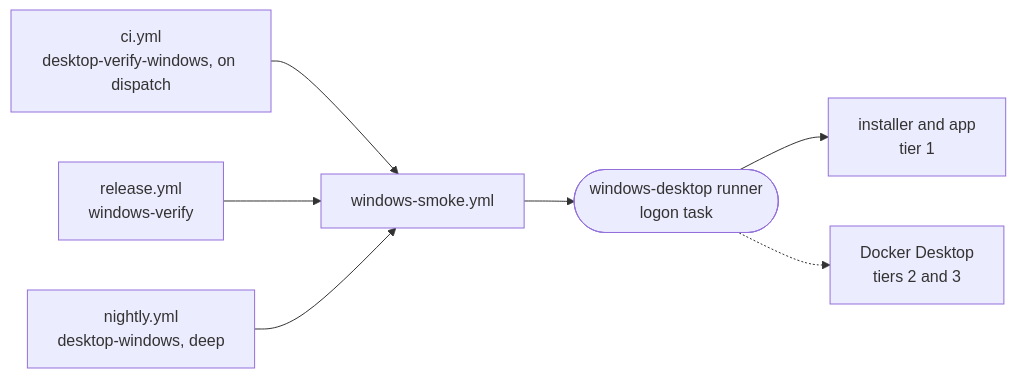
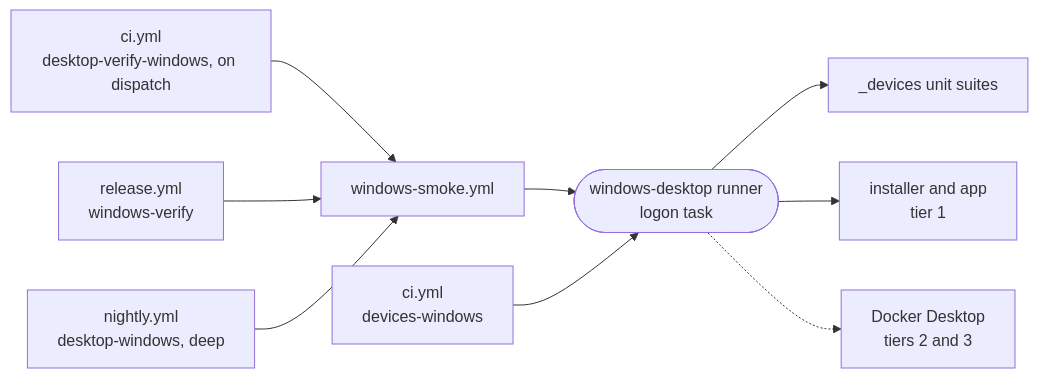
One commit to intentic/intentic changed the diagram in docs/ops/ci-runner-windows.md. Above: the diagram before and after it, drawn with Mermaid. The commit also changed other lines of this file and 269 other files, not shown here.

````diff
--- a/docs/ops/ci-runner-windows.md
+++ b/docs/ops/ci-runner-windows.md
@@ -5,9 +5,11 @@
 ```mermaid
 flowchart LR
     ci["ci.yml<br/>desktop-verify-windows, on dispatch"] --> smoke["windows-smoke.yml"]
     rel["release.yml<br/>windows-verify"] --> smoke
     night["nightly.yml<br/>desktop-windows, deep"] --> smoke
     smoke --> runner(["windows-desktop runner<br/>logon task"])
+    lane["ci.yml<br/>devices-windows"] --> runner
+    runner --> units["_devices unit suites"]
     runner --> app["installer and app<br/>tier 1"]
     runner -.-> docker["Docker Desktop<br/>tiers 2 and 3"]
 ```
````
